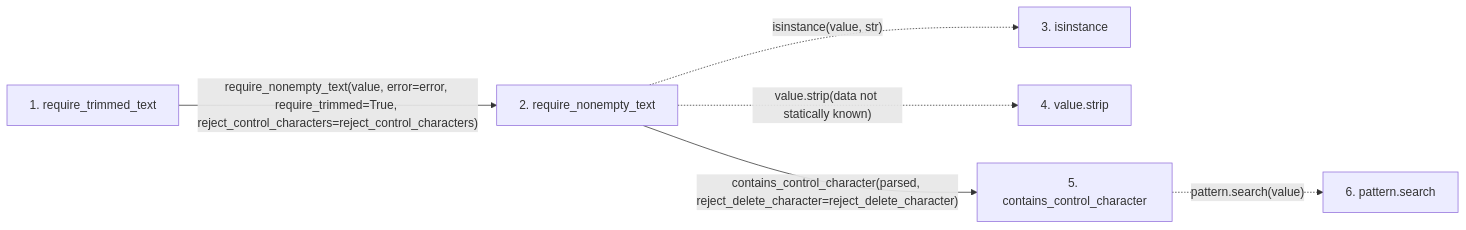
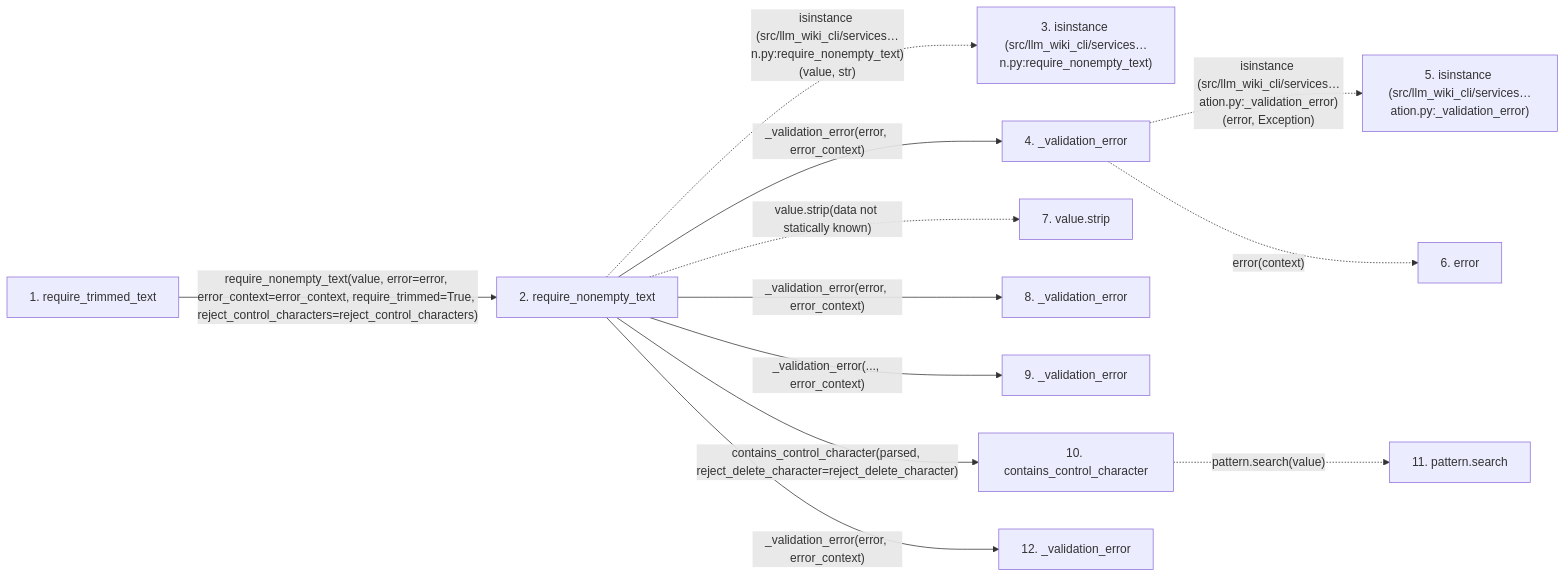
The second of 2 diagrams in docs/llm_wiki/flows/api-require_trimmed_text.md (Denissvgn/python-wiki-llm), drawn with Mermaid before and after one commit. The commit also changed other lines of this file and 627 other files, not shown here.

````diff
--- a/docs/llm_wiki/flows/api-require_trimmed_text.md
+++ b/docs/llm_wiki/flows/api-require_trimmed_text.md
@@ -44,17 +53,33 @@
 ```mermaid
 flowchart LR
     s1["1. require_trimmed_text"]
     s2["2. require_nonempty_text"]
-    s3["3. isinstance"]
-    s4["4. value.strip"]
-    s5["5. contains_control_character"]
-    s6["6. pattern.search"]
-    s1 -->|"require_nonempty_text(value, error=error, require_trimmed=True, reject_control_characters=reject_control_characters)"| s2
-    s2 -. "isinstance(value, str)" .-> s3
-    s2 -. "value.strip(data not statically known)" .-> s4
-    s2 -->|"contains_control_character(parsed, reject_delete_character=reject_delete_character)"| s5
-    s5 -. "pattern.search(value)" .-> s6
+    s3["3. isinstance (src/llm_wiki_cli/services…n.py:require_nonempty_text)"]
+    s4["4. _validation_error"]
+    s5["5. isinstance (src/llm_wiki_cli/services…ation.py:_validation_error)"]
+    s6["6. error"]
+    s7["7. value.strip"]
+    s8["8. _validation_error"]
+    s9["9. _validation_error"]
+    s10["10. contains_control_character"]
+    s11["11. pattern.search"]
+    s12["12. _validation_error"]
+    s1 -->|"require_nonempty_text(value, error=error, error_context=error_context, require_trimmed=True, reject_control_characters=reject_control_characters)"| s2
+    s2 -. "isinstance (src/llm_wiki_cli/services…n.py:require_nonempty_text)(value, str)" .-> s3
+    s2 -->|"_validation_error(error, error_context)"| s4
+    s4 -. "isinstance (src/llm_wiki_cli/services…ation.py:_validation_error)(error, Exception)" .-> s5
+    s4 -. "error(context)" .-> s6
+    s2 -. "value.strip(data not statically known)" .-> s7
+    s2 -->|"_validation_error(error, error_context)"| s8
+    s2 -->|"_validation_error(..., error_context)"| s9
+    s2 -->|"contains_control_character(parsed, reject_delete_character=reject_delete_character)"| s10
+    s10 -. "pattern.search(value)" .-> s11
+    s2 -->|"_validation_error(error, error_context)"| s12
     click s1 "../modules/validation.md"
     click s2 "../modules/validation.md"
-    click s5 "../modules/validation.md"
+    click s4 "../modules/validation.md"
+    click s8 "../modules/validation.md"
+    click s9 "../modules/validation.md"
+    click s10 "../modules/validation.md"
+    click s12 "../modules/validation.md"
 ```
````
